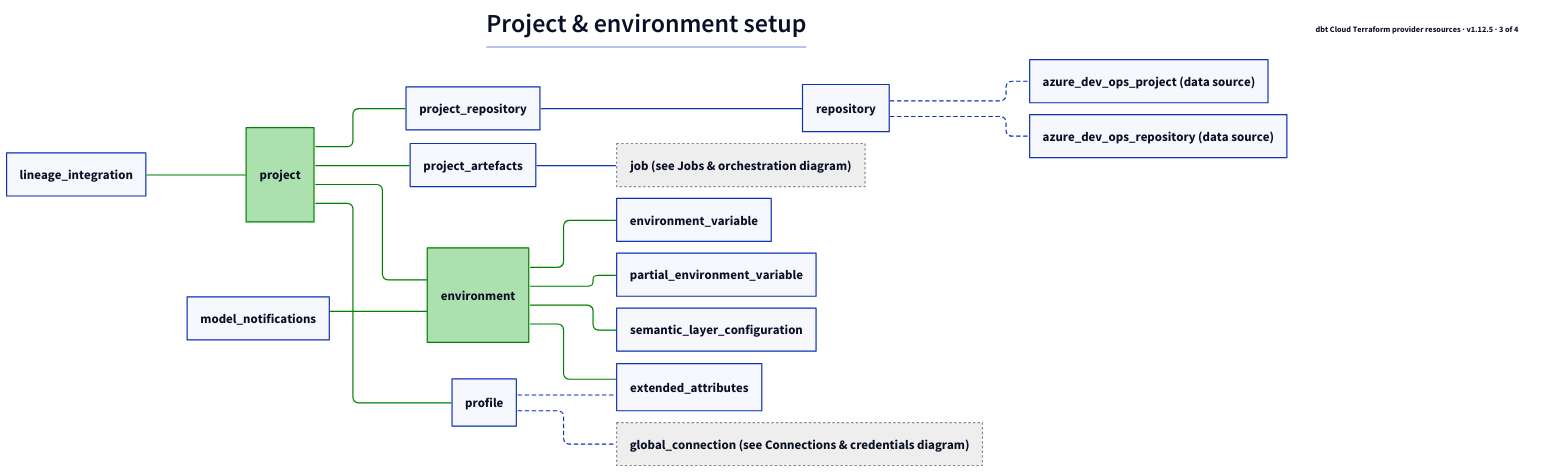
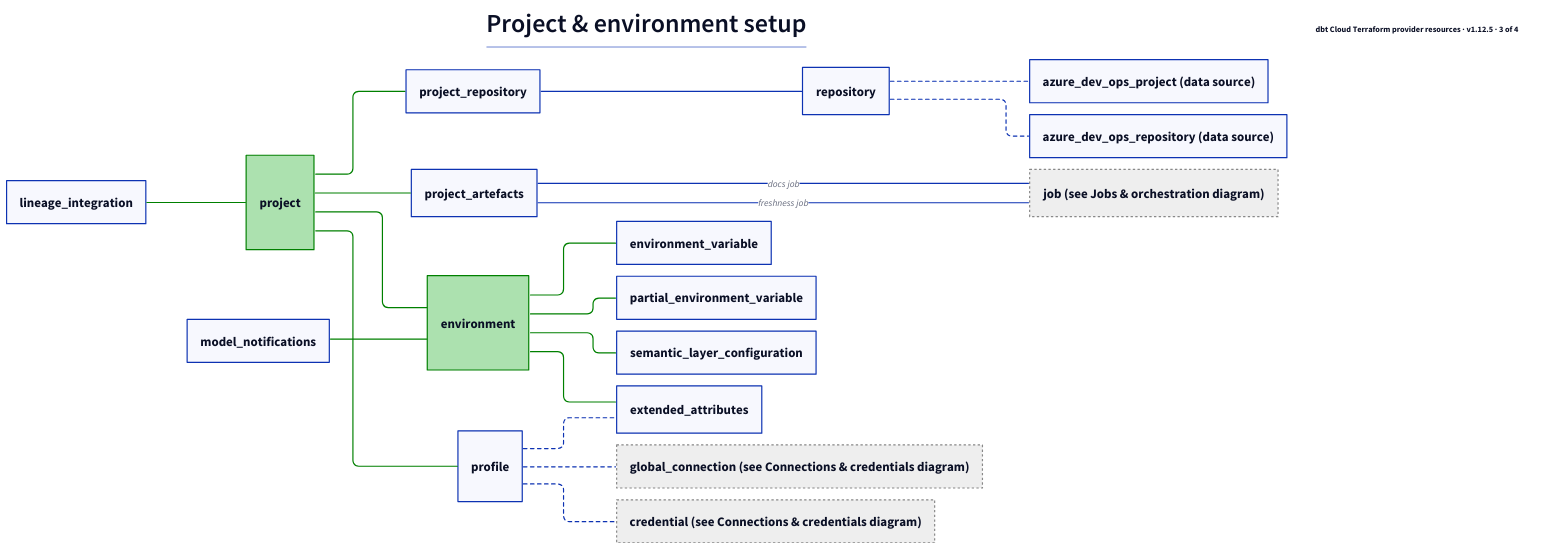
Before and after one commit to dbt-labs/terraform-provider-dbtcloud: the diagram in terraform_resources_project_environment.d2, drawn with D2. The commit also changed 3 other files, not shown here.

First line of the commit message:
Fix credential/project/profile relationships found in resource audit

```diff
--- a/terraform_resources_project_environment.d2
+++ b/terraform_resources_project_environment.d2
@@ -1,106 +1,115 @@
 vars: {
   d2-config: {
     layout-engine: elk
   }
 }
 
 *.style.font-size: 22
 *.*.style.font-size: 22
 
 title: |md
   # Project & environment setup
 | {near: top-center}
 
 version_note: "dbt Cloud Terraform provider resources · v1.12.5 · 3 of 4" {
   near: top-right
   style: {
     font-size: 14
     stroke: transparent
     fill: transparent
   }
 }
 
 direction: right
 
 classes: {
   external: {
     style: {
       stroke-dash: 2
       stroke: "#888888"
       fill: "#EEEEEE"
     }
   }
 }
 
 job: "job (see Jobs & orchestration diagram)" {
   class: external
 }
 global_connection: "global_connection (see Connections & credentials diagram)" {
+  class: external
+}
+credential: "credential (see Connections & credentials diagram)" {
   class: external
 }
 
 project: {
   style: {
     fill: "#ACE1AF"
     stroke: green
   }
 }
 environment: {
   style: {
     fill: "#ACE1AF"
     stroke: green
   }
 }
 environment_variable
 partial_environment_variable
 extended_attributes
 semantic_layer_configuration
 project_repository
 repository
 azure_dev_ops_project: azure_dev_ops_project (data source)
 azure_dev_ops_repository: azure_dev_ops_repository (data source)
 lineage_integration
 project_artefacts
 profile
 model_notifications
 
 project -- environment
 project -- project_repository
 lineage_integration -- project
 project_repository -- repository
 repository -- azure_dev_ops_project {
   style: {
     stroke-dash: 3
   }
 }
 repository -- azure_dev_ops_repository {
   style: {
     stroke-dash: 3
   }
 }
 
 environment -- environment_variable
 environment -- partial_environment_variable
 environment -- extended_attributes
 environment -- semantic_layer_configuration
 model_notifications -- environment
 
 project -- project_artefacts
-project_artefacts -- job
+project_artefacts -- job: docs job
+project_artefacts -- job: freshness job
 
 project -- profile
 profile -- global_connection {
+  style: {
+    stroke-dash: 3
+  }
+}
+profile -- credential {
   style: {
     stroke-dash: 3
   }
 }
 profile -- extended_attributes {
   style: {
     stroke-dash: 3
   }
 }
 
 (project -- *)[*].style.stroke: green
 (* -- project)[*].style.stroke: green
 (environment -- *)[*].style.stroke: green
 (* -- environment)[*].style.stroke: green
```
